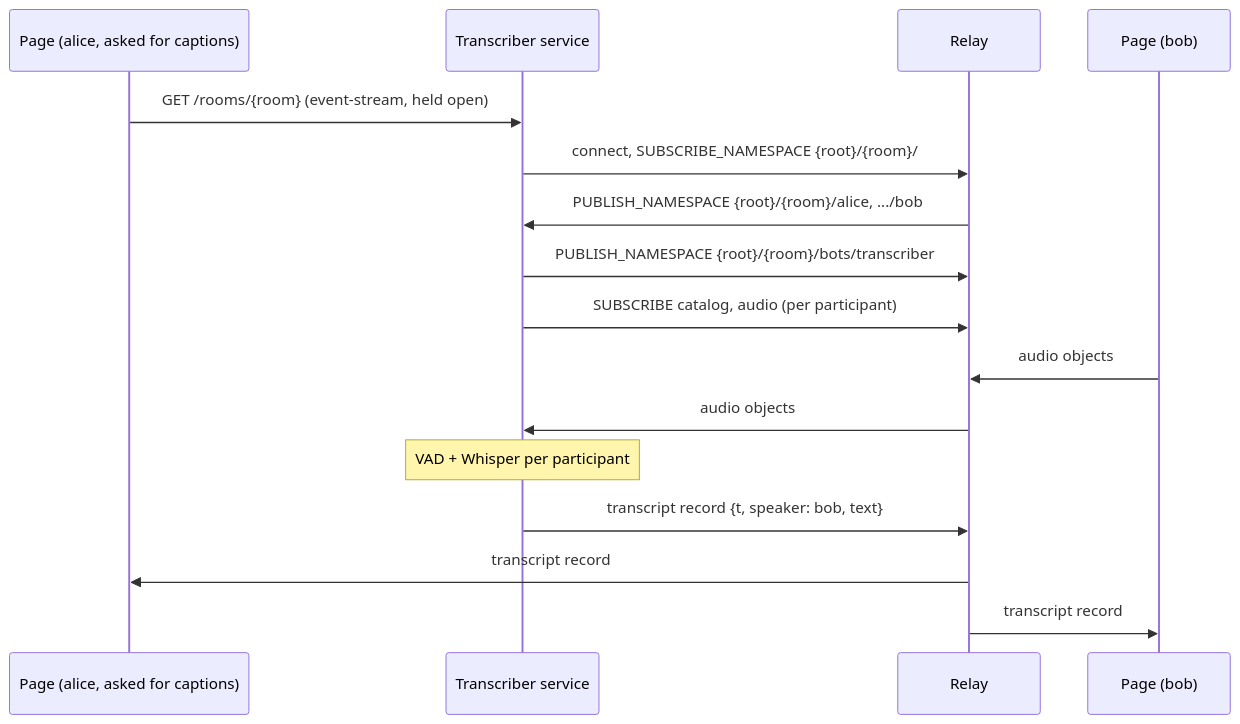
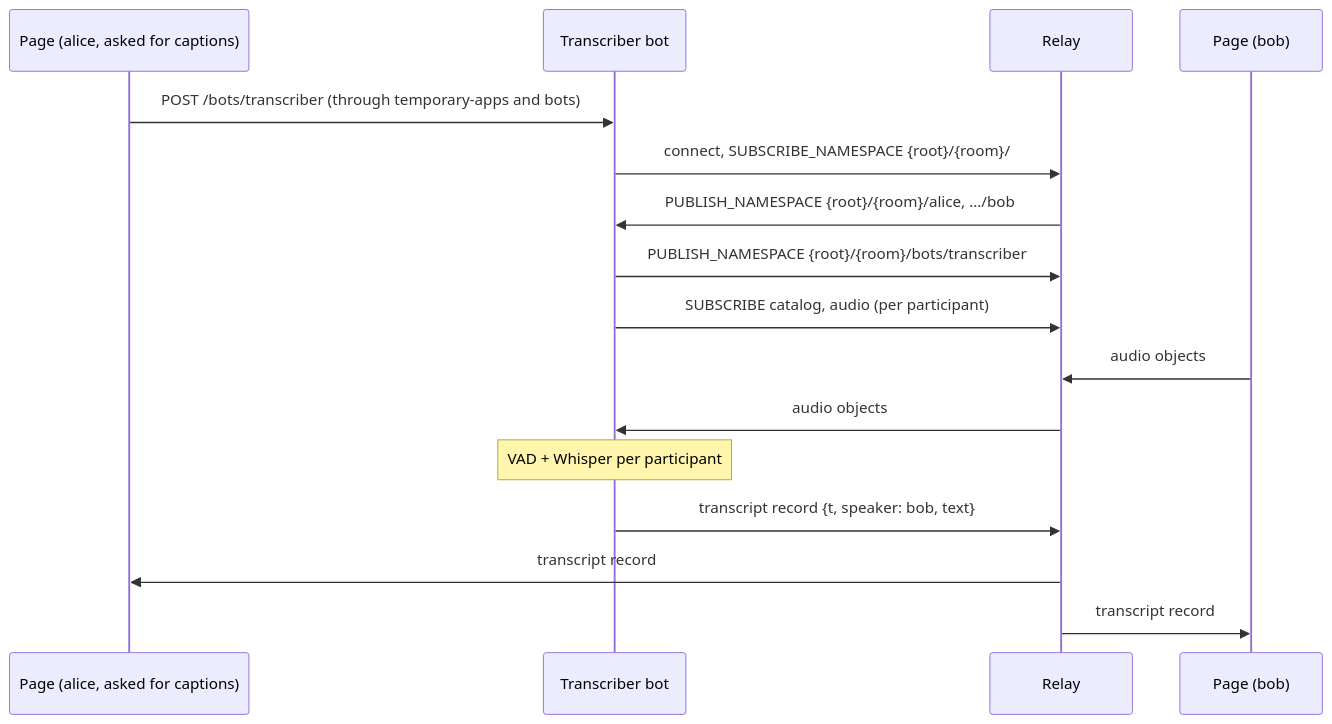
The diagram in docs/architecture/ai-bots/meeting-transcriber.md (nttcom/moq-wasm), drawn with Mermaid before and after one commit. The commit also changed other lines of this file and 30 other files, not shown here.

First line of the commit message:
feat(browser): Meeting の書き起こし bot を bots から起動する (#1655)

````diff
--- a/docs/architecture/ai-bots/meeting-transcriber.md
+++ b/docs/architecture/ai-bots/meeting-transcriber.md
@@ -46,18 +47,18 @@
 ```mermaid
 sequenceDiagram
     participant A as Page (alice, asked for captions)
-    participant S as Transcriber service
+    participant S as Transcriber bot
     participant R as Relay
     participant B as Page (bob)
-    A->>S: GET /rooms/{room} (event-stream, held open)
+    A->>S: POST /bots/transcriber (through temporary-apps and bots)
     S->>R: connect, SUBSCRIBE_NAMESPACE {root}/{room}/
     R->>S: PUBLISH_NAMESPACE {root}/{room}/alice, .../bob
     S->>R: PUBLISH_NAMESPACE {root}/{room}/bots/transcriber
     S->>R: SUBSCRIBE catalog, audio (per participant)
     B->>R: audio objects
     R->>S: audio objects
     Note over S: VAD + Whisper per participant
     S->>R: transcript record {t, speaker: bob, text}
     R->>A: transcript record
     R->>B: transcript record
 ```
````
